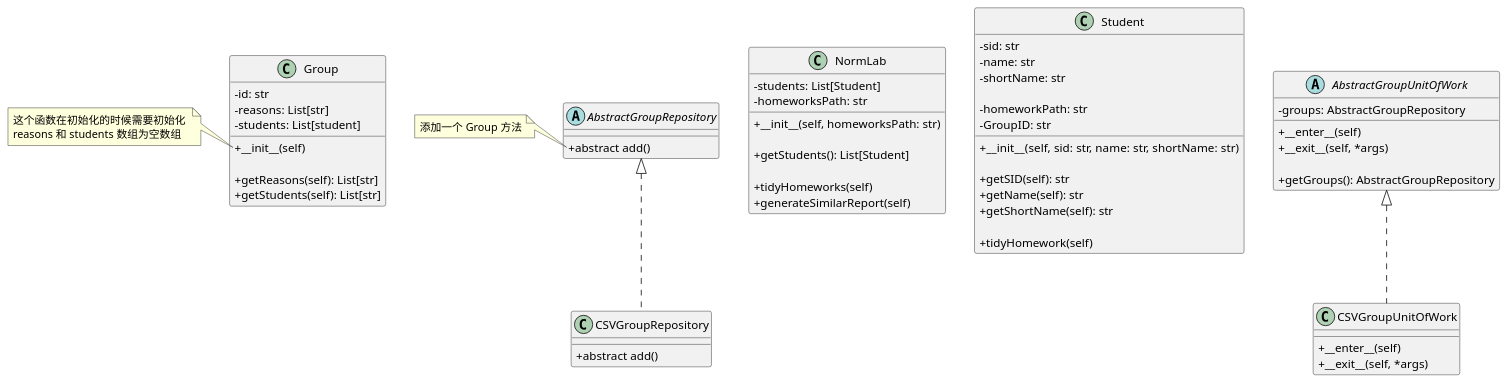
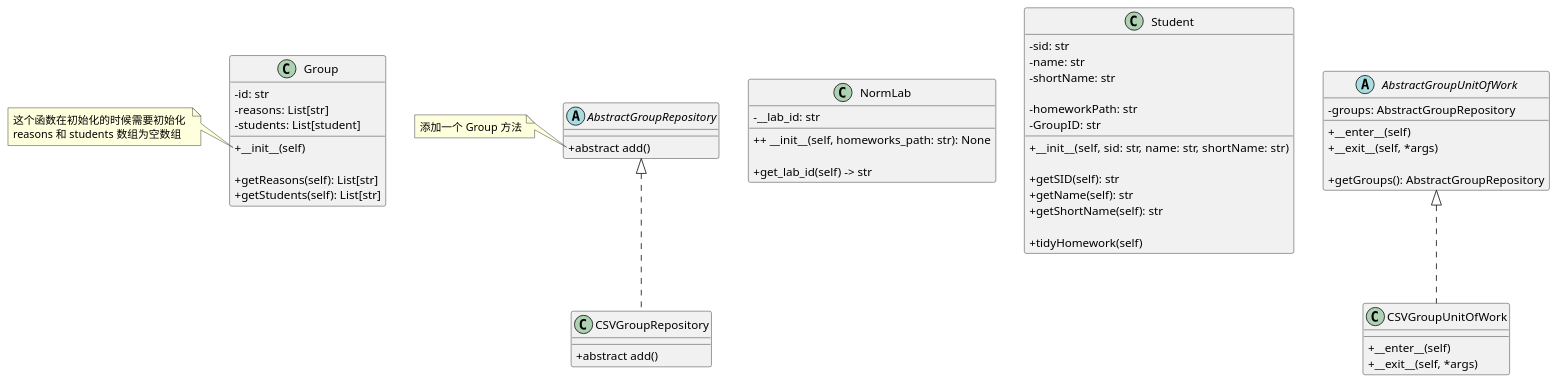
Before and after one commit to lixiao189/NormLab: the diagram in doc/uml.plantuml, drawn with PlantUML. The commit also changed 12 other files, not shown here.

```diff
--- a/doc/uml.plantuml
+++ b/doc/uml.plantuml
@@ -1,77 +1,73 @@
 @startuml main
 skinparam classAttributeIconSize 0
 
 ' 整个系统类
 class NormLab {
-    - students: List[Student]
-    - homeworksPath: str
+    - __lab_id: str
 
-    + __init__(self, homeworksPath: str)
-    
-    + getStudents(): List[Student]
+    ++ __init__(self, homeworks_path: str): None
 
-    + tidyHomeworks(self)
-    + generateSimilarReport(self)
+    + get_lab_id(self) -> str
 }
 
 ' 学生类
 class Student {
     - sid: str
     - name: str
     - shortName: str
     
     - homeworkPath: str
     - GroupID: str
 
     + __init__(self, sid: str, name: str, shortName: str)
 
     + getSID(self): str
     + getName(self): str
     + getShortName(self): str
 
     + tidyHomework(self)
 }
 
 ' 互相抄袭的一组人
 class Group {
     - id: str 
     - reasons: List[str]
     - students: List[student]
 
     + __init__(self)
     
     + getReasons(self): List[str]
     + getStudents(self): List[str]
 }
 
 note left of Group::"__init__(self)"
     这个函数在初始化的时候需要初始化 
     reasons 和 students 数组为空数组
 end note
 
 ' 仓库类
 abstract class AbstractGroupRepository {
     + abstract add()
 }
 class CSVGroupRepository implements AbstractGroupRepository {
     + abstract add()
 }
 
 note left of AbstractGroupRepository::"add()" 
     添加一个 Group 方法
 end note
 
 ' Uow 类
 abstract class AbstractGroupUnitOfWork {
     - groups: AbstractGroupRepository
 
     + __enter__(self)
     + __exit__(self, *args)
 
     + getGroups(): AbstractGroupRepository
 }
 class CSVGroupUnitOfWork implements AbstractGroupUnitOfWork {
     +__enter__(self)
     +__exit__(self, *args)
 }
 @enduml
```
